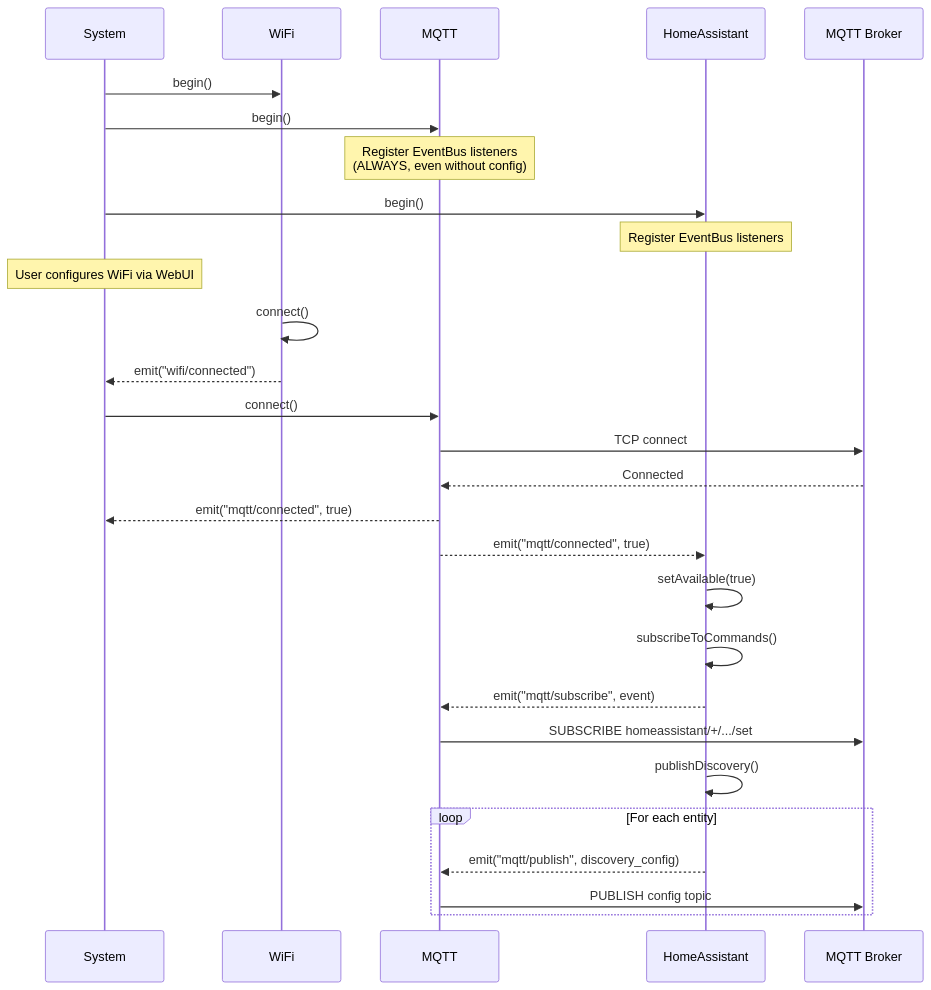
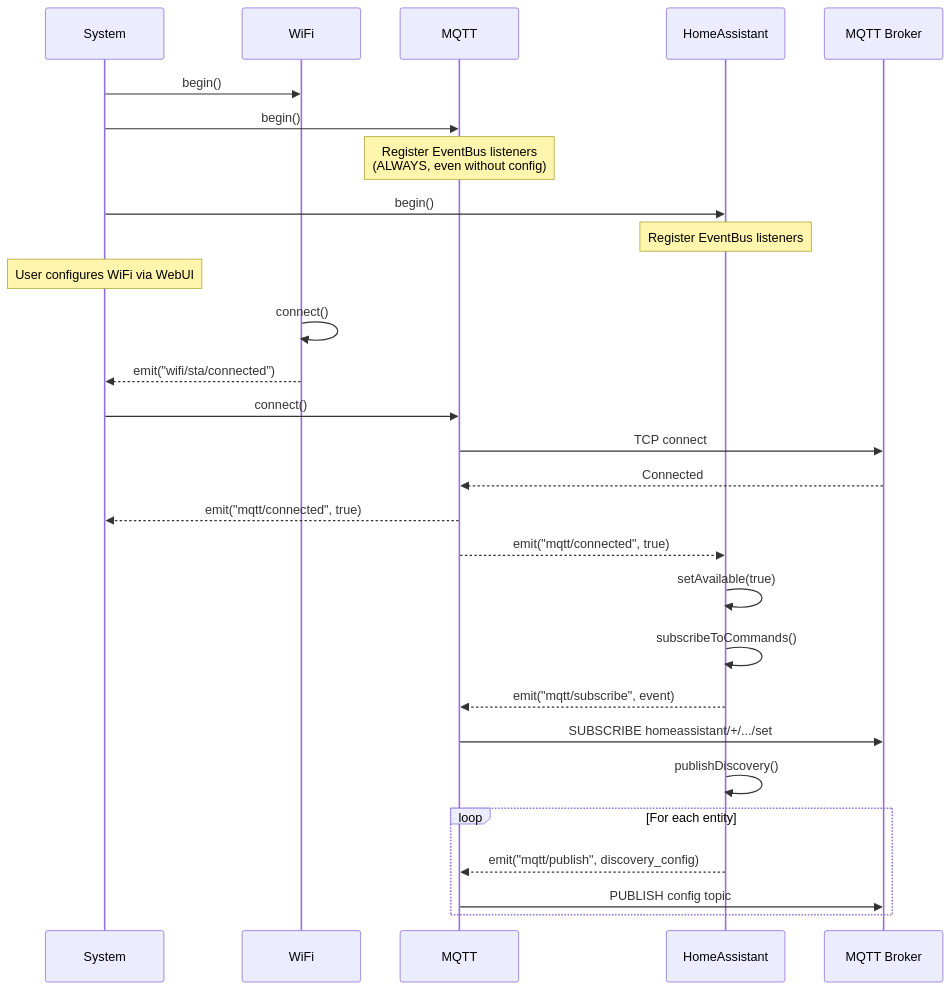
Before and after one commit to JN0V/DomoticsCore: the first of 2 diagrams in docs/reference/eventbus-architecture.md, drawn with Mermaid. The commit also changed other lines of this file and 39 other files, not shown here.

````diff
--- a/docs/reference/eventbus-architecture.md
+++ b/docs/reference/eventbus-architecture.md
@@ -90,36 +90,36 @@
 ```mermaid
 sequenceDiagram
     participant System
     participant WiFi
     participant MQTT
     participant HA as HomeAssistant
     participant Broker as MQTT Broker
     
     System->>WiFi: begin()
     System->>MQTT: begin()
     Note over MQTT: Register EventBus listeners<br/>(ALWAYS, even without config)
     System->>HA: begin()
     Note over HA: Register EventBus listeners
     
     Note over System: User configures WiFi via WebUI
     
     WiFi->>WiFi: connect()
-    WiFi-->>System: emit("wifi/connected")
+    WiFi-->>System: emit("wifi/sta/connected")
     System->>MQTT: connect()
     
     MQTT->>Broker: TCP connect
     Broker-->>MQTT: Connected
     MQTT-->>System: emit("mqtt/connected", true)
     MQTT-->>HA: emit("mqtt/connected", true)
     
     HA->>HA: setAvailable(true)
     HA->>HA: subscribeToCommands()
     HA-->>MQTT: emit("mqtt/subscribe", event)
     MQTT->>Broker: SUBSCRIBE homeassistant/+/.../set
     
     HA->>HA: publishDiscovery()
     loop For each entity
         HA-->>MQTT: emit("mqtt/publish", discovery_config)
         MQTT->>Broker: PUBLISH config topic
     end
 ```
````
